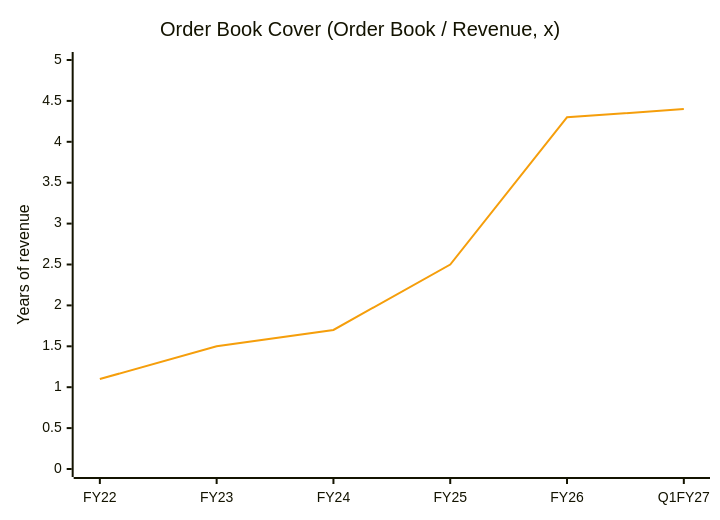
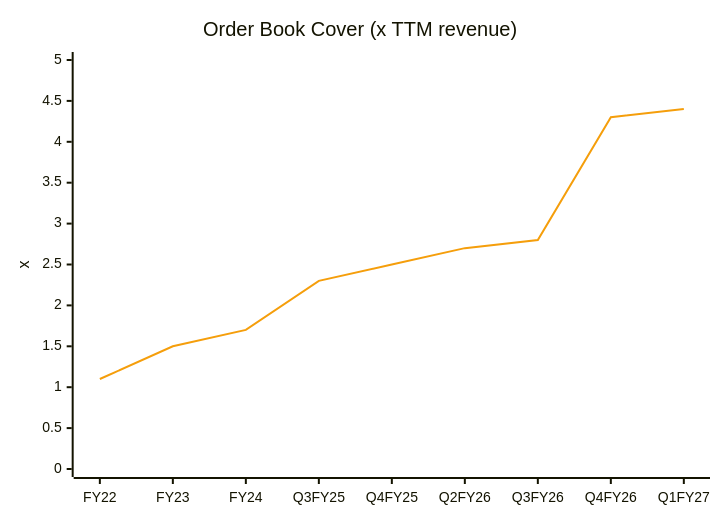
One commit to Anubhavsingh13/Stock-Analysis changed diagram 11 of 19 in HFCL_HimachalFuturistic_2026-10-09.md. Above: the diagram before and after it, drawn with Mermaid. The commit also changed other lines of this file and 3 other files, not shown here.

````diff
--- a/HFCL_HimachalFuturistic_2026-10-09.md
+++ b/HFCL_HimachalFuturistic_2026-10-09.md
@@ -344,8 +393,8 @@
 ```mermaid
 %%{init: {"themeVariables": {"xyChart": {"plotColorPalette": "#f59e0b"}}}}%%
 xychart-beta
-    title "Order Book Cover (Order Book / Revenue, x)"
-    x-axis [FY22, FY23, FY24, FY25, FY26, Q1FY27]
-    y-axis "Years of revenue" 0 --> 5
-    line [1.1, 1.5, 1.7, 2.5, 4.3, 4.4]
+    title "Order Book Cover (x TTM revenue)"
+    x-axis [FY22, FY23, FY24, Q3FY25, Q4FY25, Q2FY26, Q3FY26, Q4FY26, Q1FY27]
+    y-axis "x" 0 --> 5
+    line [1.1, 1.5, 1.7, 2.3, 2.5, 2.7, 2.8, 4.3, 4.4]
 ```
````
